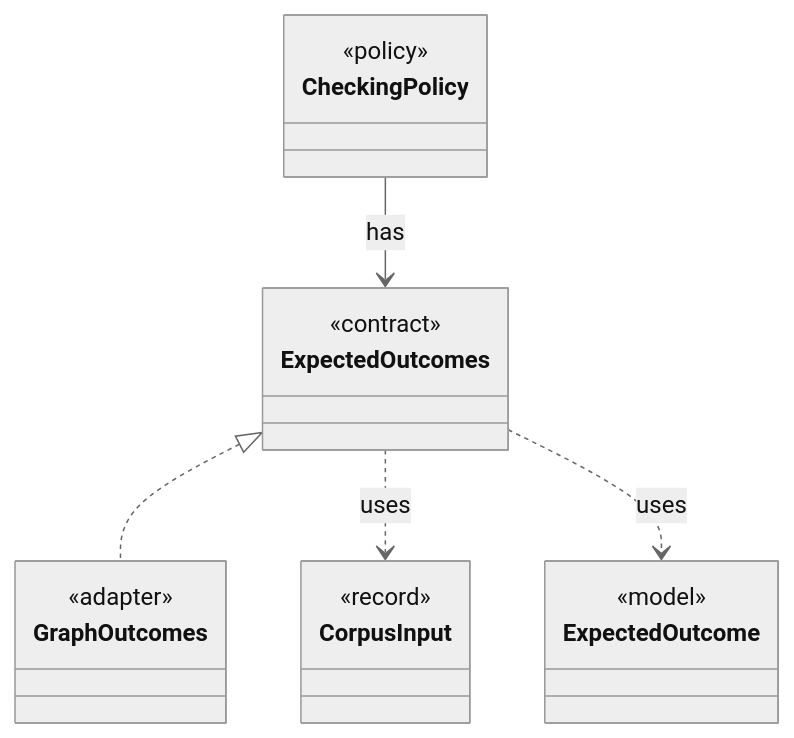
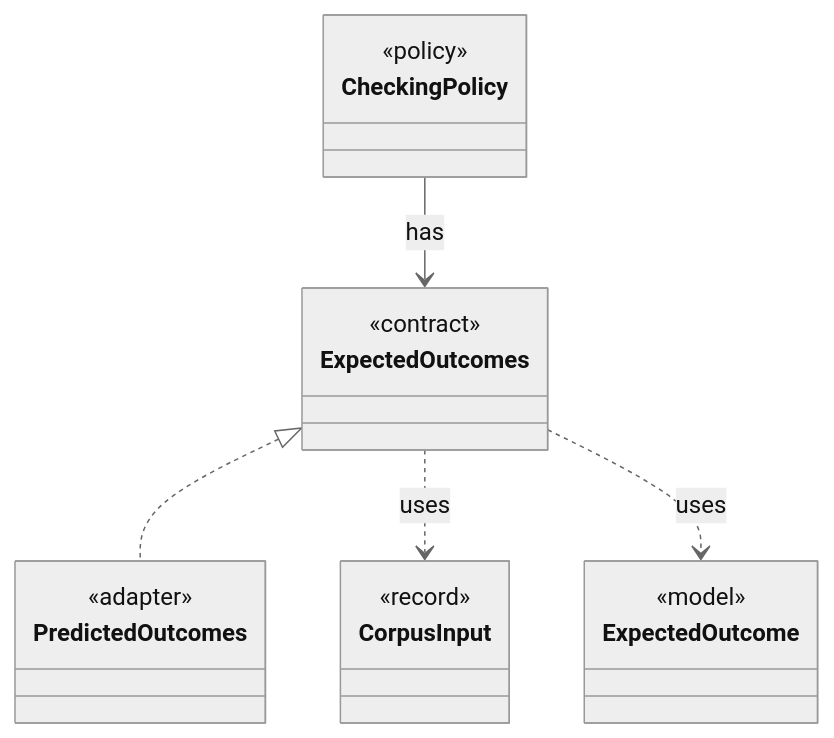
One commit to tlaplus/model-checker-hardening changed the diagram in dev/types/io.github.tlaplus.hardening.corpus.ExpectedOutcomes.md. Above: the diagram before and after it, drawn with Mermaid (neutral theme). The commit also changed other lines of this file and 454 other files, not shown here.

````diff
--- a/dev/types/io.github.tlaplus.hardening.corpus.ExpectedOutcomes.md
+++ b/dev/types/io.github.tlaplus.hardening.corpus.ExpectedOutcomes.md
@@ -9,22 +9,22 @@
 ```mermaid
 classDiagram
   class ExpectedOutcomes {
     <<contract>>
   }
-  class GraphOutcomes {
+  class PredictedOutcomes {
     <<adapter>>
   }
   class CheckingPolicy {
     <<policy>>
   }
   class CorpusInput {
     <<record>>
   }
   class ExpectedOutcome {
     <<model>>
   }
-  ExpectedOutcomes <|.. GraphOutcomes
+  ExpectedOutcomes <|.. PredictedOutcomes
   CheckingPolicy --> ExpectedOutcomes : has
   ExpectedOutcomes ..> CorpusInput : uses
   ExpectedOutcomes ..> ExpectedOutcome : uses
 ```
````
